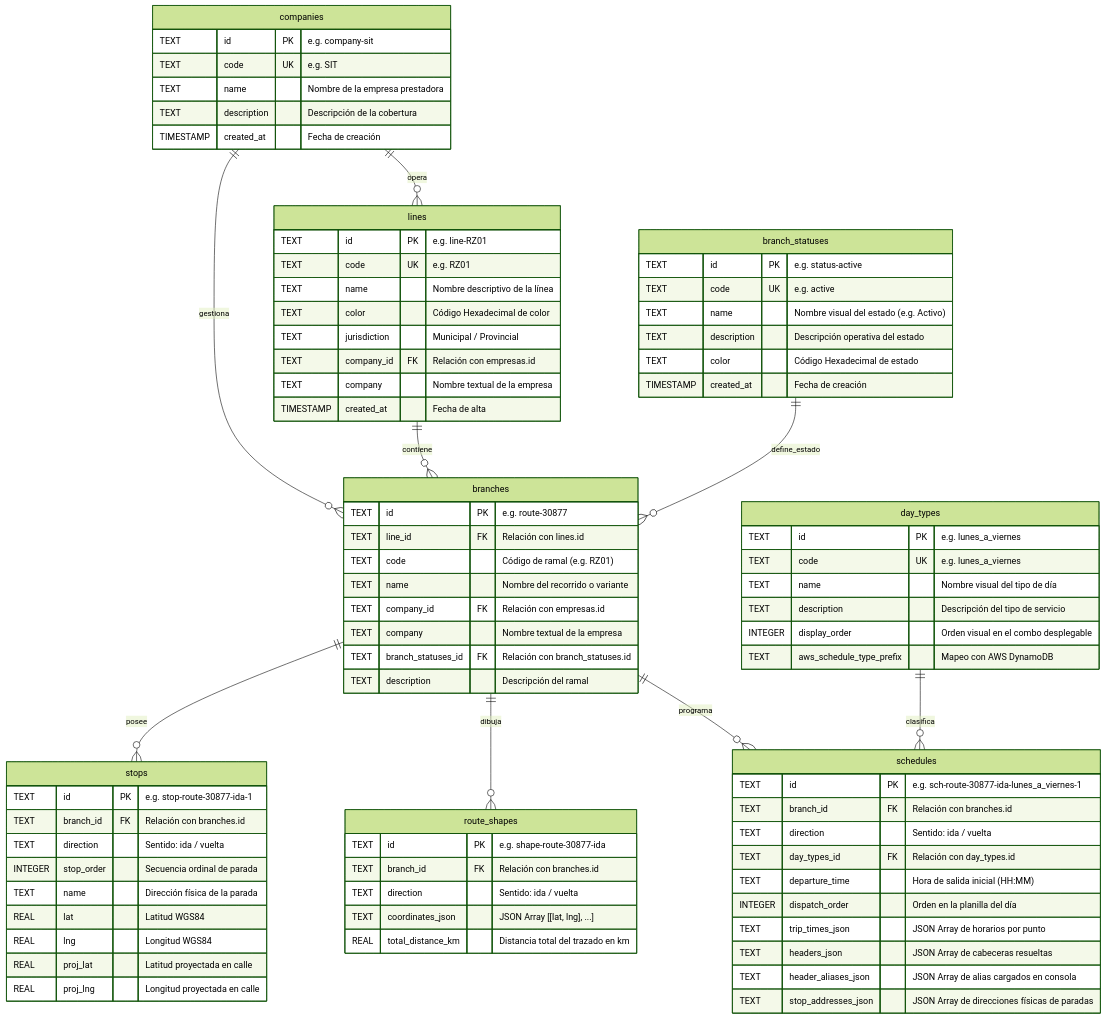
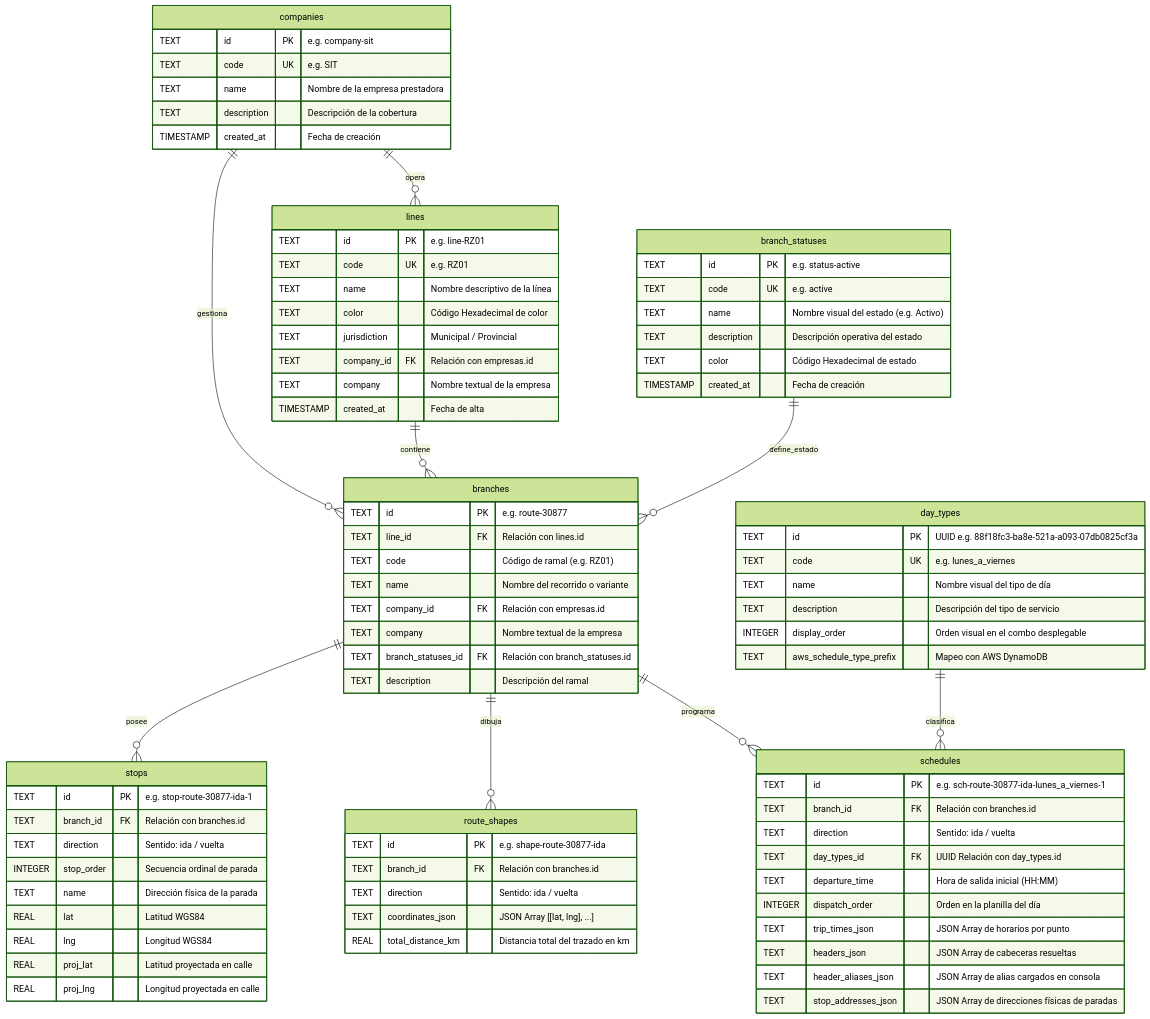
Before and after one commit to CollieHub/collie-mobility-transit-webpage-app-docs: the diagram in database/schema.md, drawn with Mermaid (forest theme). The commit also changed other lines of this file and 1 other file, not shown here.

Commit message:
docs(database): update day_types id PK to UUID in ER diagram and schema docs

```diff
--- a/database/schema.md
+++ b/database/schema.md
@@ -77,7 +77,7 @@
     }
 
     day_types {
-        TEXT id PK "e.g. lunes_a_viernes"
+        TEXT id PK "UUID e.g. 88f18fc3-ba8e-521a-a093-07db0825cf3a"
         TEXT code UK "e.g. lunes_a_viernes"
         TEXT name "Nombre visual del tipo de día"
         TEXT description "Descripción del tipo de servicio"
@@ -89,7 +89,7 @@
         TEXT id PK "e.g. sch-route-30877-ida-lunes_a_viernes-1"
         TEXT branch_id FK "Relación con branches.id"
         TEXT direction "Sentido: ida / vuelta"
-        TEXT day_types_id FK "Relación con day_types.id"
+        TEXT day_types_id FK "UUID Relación con day_types.id"
         TEXT departure_time "Hora de salida inicial (HH:MM)"
         INTEGER dispatch_order "Orden en la planilla del día"
         TEXT trip_times_json "JSON Array de horarios por punto"
```
